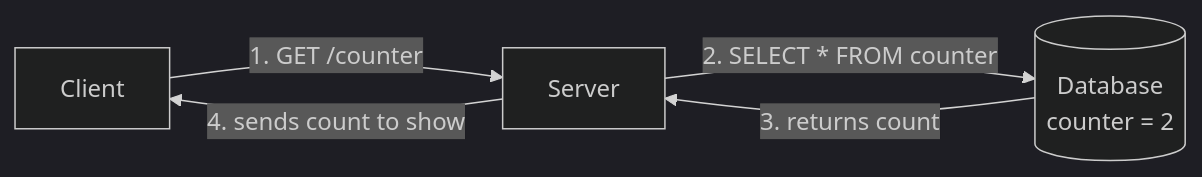
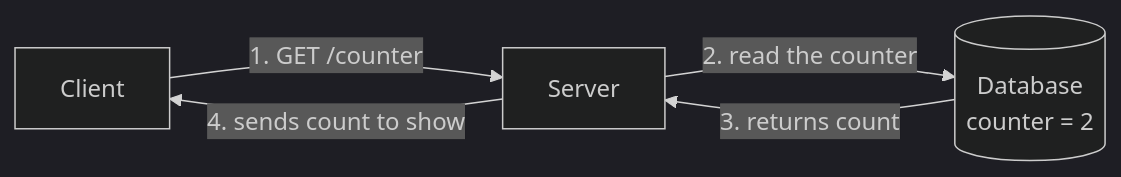
Before and after one commit to aaryan-pradhan/core-cs-fundamentals: the second of 2 diagrams in hld/01-why-system-design.md, drawn with Mermaid (dark theme). The commit also changed other lines of this file, not shown here.

````diff
--- a/hld/01-why-system-design.md
+++ b/hld/01-why-system-design.md
@@ -106,7 +106,7 @@
 ```mermaid
 flowchart LR
     C["Client"] -->|"1. GET /counter"| S["Server"]
-    S -->|"2. SELECT * FROM counter"| D[("Database<br/>counter = 2")]
+    S -->|"2. read the counter"| D[("Database<br/>counter = 2")]
     D -->|"3. returns count"| S
     S -->|"4. sends count to show"| C
 ```
````
